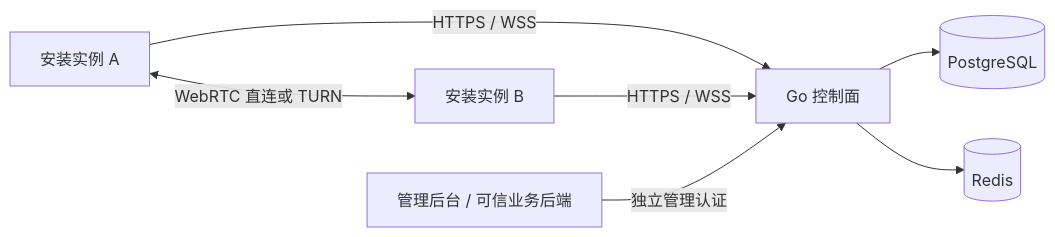
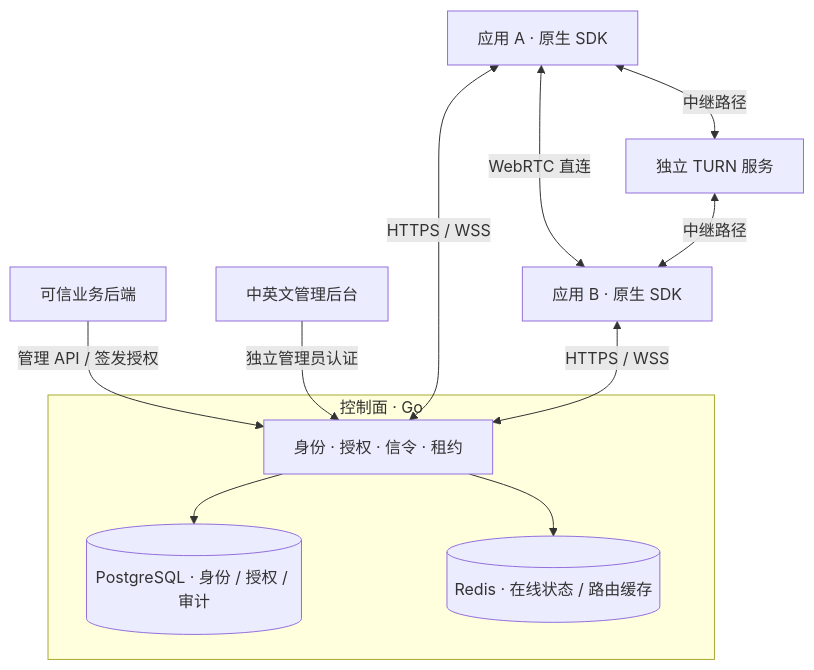
One commit to barry-ran/peerloom changed the diagram in README.md. Above: the diagram before and after it, drawn with Mermaid. The commit also changed other lines of this file and 2 other files, not shown here.

````diff
--- a/README.md
+++ b/README.md
@@ -31,9 +55,15 @@
 ```mermaid
-flowchart LR
-    A[安装实例 A] -->|HTTPS / WSS| C[Go 控制面]
-    B[安装实例 B] -->|HTTPS / WSS| C
-    A <-->|WebRTC 直连或 TURN| B
-    Admin[管理后台 / 可信业务后端] -->|独立管理认证| C
-    C --> P[(PostgreSQL)]
-    C --> R[(Redis)]
+flowchart TB
+    Backend[可信业务后端] -->|管理 API / 签发授权| Control
+    Admin[中英文管理后台] -->|独立管理员认证| Control
+    subgraph CP[控制面 · Go]
+        Control[身份 · 授权 · 信令 · 租约]
+        Control --> PG[("PostgreSQL · 身份 / 授权 / 审计")]
+        Control --> Redis[("Redis · 在线状态 / 路由缓存")]
+    end
+    A[应用 A · 原生 SDK] <-->|HTTPS / WSS| Control
+    B[应用 B · 原生 SDK] <-->|HTTPS / WSS| Control
+    A <-->|WebRTC 直连| B
+    A <-->|中继路径| TURN[独立 TURN 服务]
+    TURN <-->|中继路径| B
 ```
````
